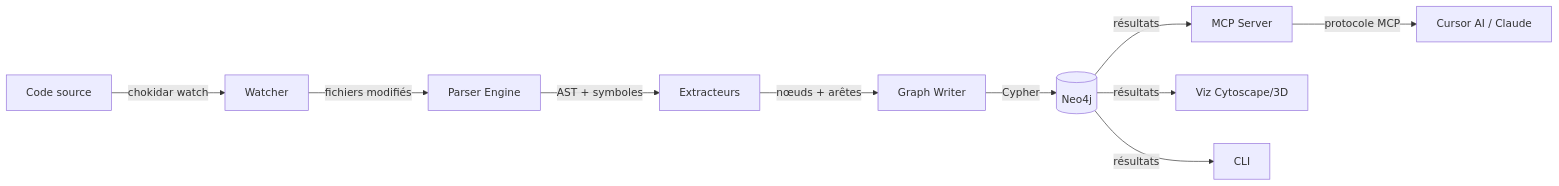
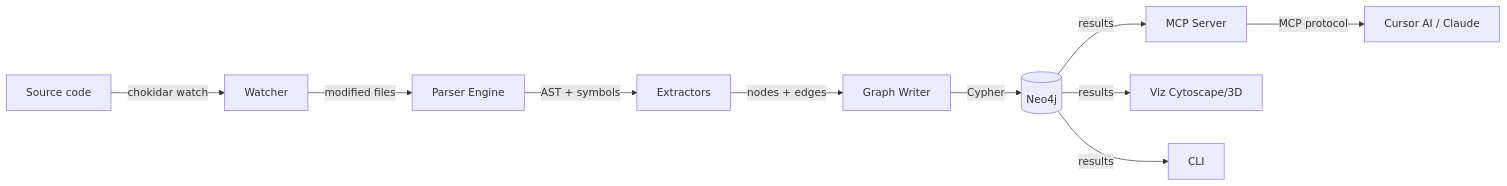
Before and after one commit to willFreed1/nomik: the diagram in documentations/docs/03-ARCHITECTURE.md, drawn with Mermaid. The commit also changed other lines of this file and 12 other files, not shown here.

````diff
--- a/documentations/docs/03-ARCHITECTURE.md
+++ b/documentations/docs/03-ARCHITECTURE.md
@@ -31,12 +31,12 @@
 ```mermaid
 graph LR
-    A[Code source] -->|chokidar watch| B[Watcher]
-    B -->|fichiers modifiés| C[Parser Engine]
-    C -->|AST + symboles| D[Extracteurs]
-    D -->|nœuds + arêtes| E[Graph Writer]
+    A[Source code] -->|chokidar watch| B[Watcher]
+    B -->|modified files| C[Parser Engine]
+    C -->|AST + symbols| D[Extractors]
+    D -->|nodes + edges| E[Graph Writer]
     E -->|Cypher| F[(Neo4j)]
-    F -->|résultats| G[MCP Server]
-    G -->|protocole MCP| H[Cursor AI / Claude]
-    F -->|résultats| I[Viz Cytoscape/3D]
-    F -->|résultats| J[CLI]
+    F -->|results| G[MCP Server]
+    G -->|MCP protocol| H[Cursor AI / Claude]
+    F -->|results| I[Viz Cytoscape/3D]
+    F -->|results| J[CLI]
 ```
````
